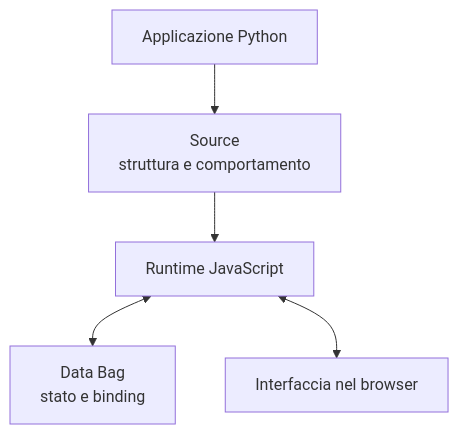
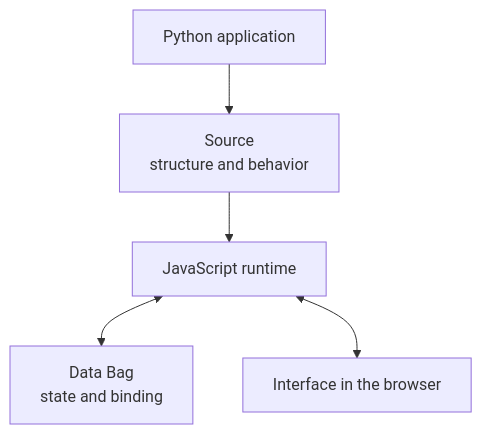
The first of 3 diagrams in docs/internal/060-architettura-condivisa.md (gramlot-org/gramlot), drawn with Mermaid before and after one commit. The commit also changed other lines of this file and 5 other files, not shown here.

````diff
--- a/docs/internal/060-architettura-condivisa.md
+++ b/docs/internal/060-architettura-condivisa.md
@@ -45,7 +45,7 @@
 ```mermaid
 flowchart TB
- P["Applicazione Python"] --> S["Source<br/>struttura e comportamento"]
- S --> J["Runtime JavaScript"]
- J <--> D["Data Bag<br/>stato e binding"]
- J <--> U["Interfaccia nel browser"]
+ P["Python application"] --> S["Source<br/>structure and behavior"]
+ S --> J["JavaScript runtime"]
+ J <--> D["Data Bag<br/>state and binding"]
+ J <--> U["Interface in the browser"]
 ```
````
